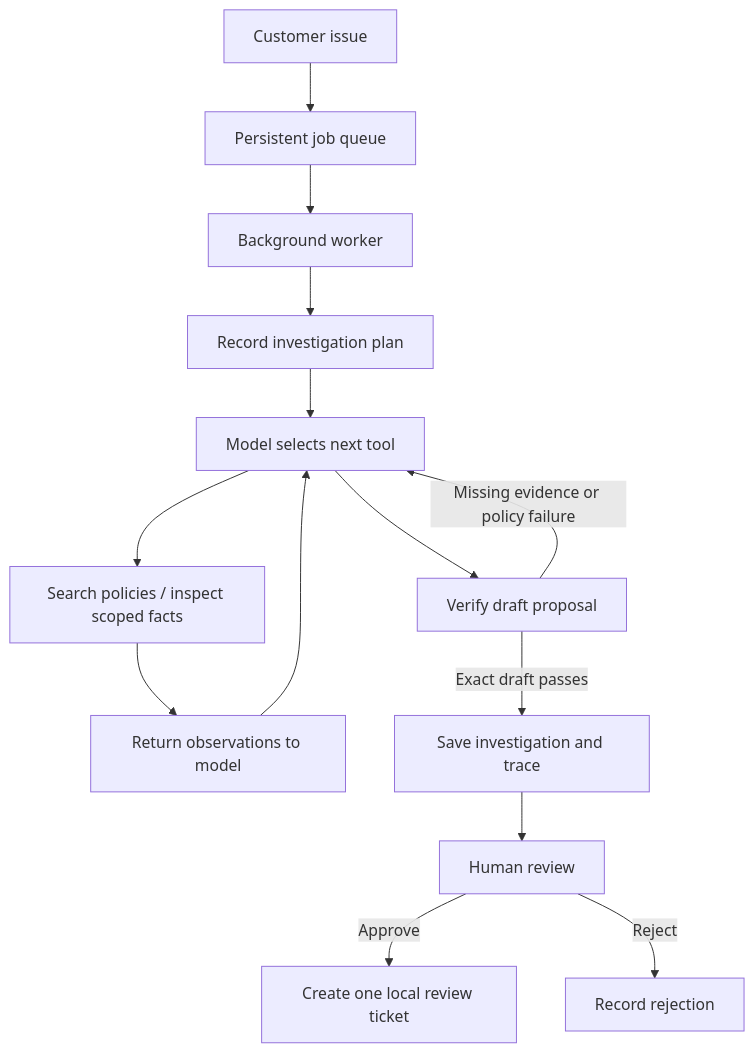
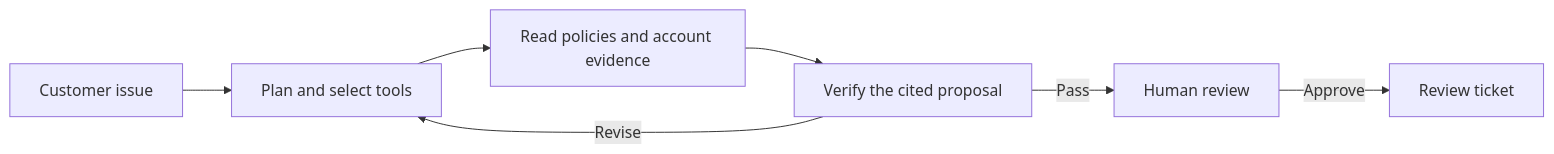
One commit to Ninjax26/relay-support-agent changed the diagram in README.md. Above: the diagram before and after it, drawn with Mermaid. The commit also changed other lines of this file and 24 other files, not shown here.

````diff
--- a/README.md
+++ b/README.md
@@ -88,16 +43,9 @@
-```mermaid
-flowchart TD
-    Issue[Customer issue] --> Queue[Persistent job queue]
-    Queue --> Worker[Background worker]
-    Worker --> Plan[Record investigation plan]
-    Plan --> Model[Model selects next tool]
-    Model --> Read[Search policies / inspect scoped facts]
-    Read --> Observe[Return observations to model]
-    Observe --> Model
-    Model --> Verify[Verify draft proposal]
-    Verify -->|Missing evidence or policy failure| Model
-    Verify -->|Exact draft passes| Save[Save investigation and trace]
-    Save --> Human[Human review]
-    Human -->|Approve| Ticket[Create one local review ticket]
-    Human -->|Reject| Stop[Record rejection]
-```
+~~~mermaid
+flowchart LR
+    A[Customer issue] --> B[Plan and select tools]
+    B --> C[Read policies and account evidence]
+    C --> D[Verify the cited proposal]
+    D -->|Revise| B
+    D -->|Pass| E[Human review]
+    E -->|Approve| F[Review ticket]
+~~~
````
